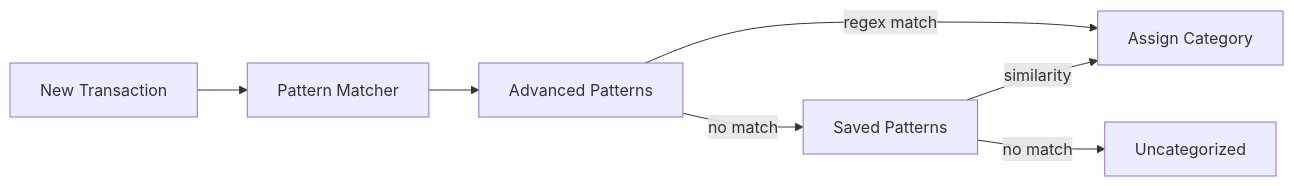
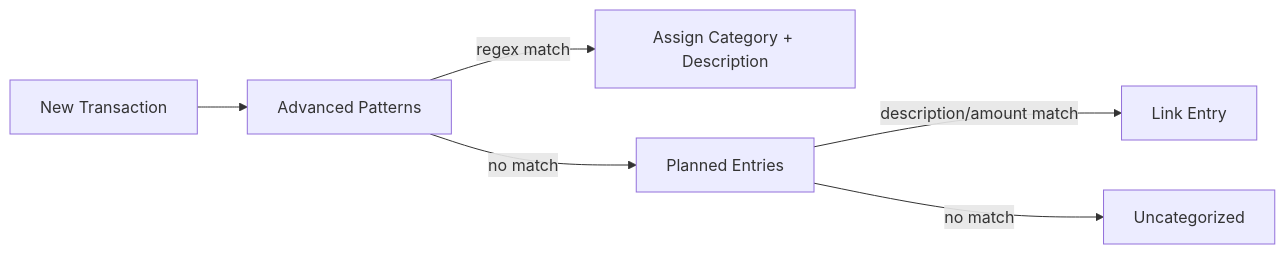
Before and after one commit to lucastamoios/celeiro: the third of 4 diagrams in docs/architecture.md, drawn with Mermaid. The commit also changed other lines of this file and 6 other files, not shown here.

````diff
--- a/docs/architecture.md
+++ b/docs/architecture.md
@@ -100,9 +127,8 @@
 ```mermaid
 flowchart LR
-    TX[New Transaction] --> PM[Pattern Matcher]
-    PM --> AP[Advanced Patterns]
-    AP -->|regex match| CAT[Assign Category]
-    AP -->|no match| SP[Saved Patterns]
-    SP -->|similarity| CAT
-    SP -->|no match| UC[Uncategorized]
+    TX[New Transaction] --> AP[Advanced Patterns]
+    AP -->|regex match| CAT[Assign Category + Description]
+    AP -->|no match| PE[Planned Entries]
+    PE -->|description/amount match| LINK[Link Entry]
+    PE -->|no match| UC[Uncategorized]
 ```
````
